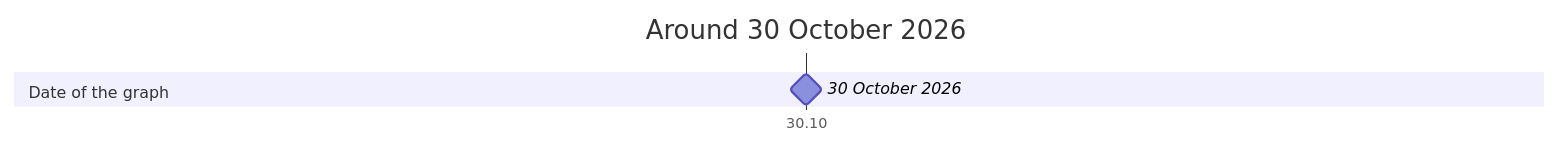
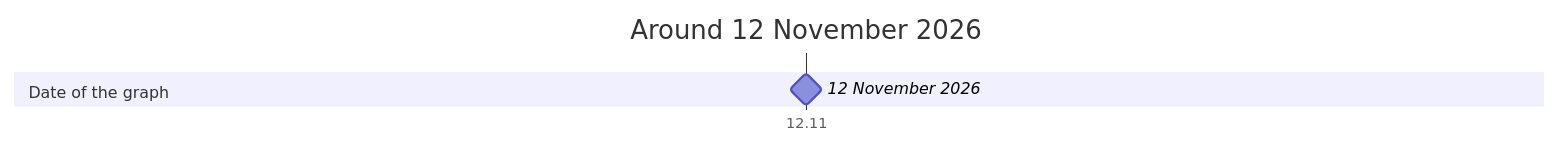
Before and after one commit to advancedcognitivesystems-ai/trame: the diagram in docs/timeline.md, drawn with Mermaid. The commit also changed other lines of this file and 221 other files, not shown here.

First line of the commit message:
C5: a value holds at every date; the seed of an entity; graph or data

````diff
--- a/docs/timeline.md
+++ b/docs/timeline.md
@@ -5,8 +5,8 @@
 ```mermaid
 gantt
   dateFormat YYYY-MM-DD
   axisFormat %d.%m
-  title Around 30 October 2026
+  title Around 12 November 2026
   section Date of the graph
-    30 October 2026 : milestone, 2026-10-30, 0d
+    12 November 2026 : milestone, 2026-11-12, 0d
 ```
````
